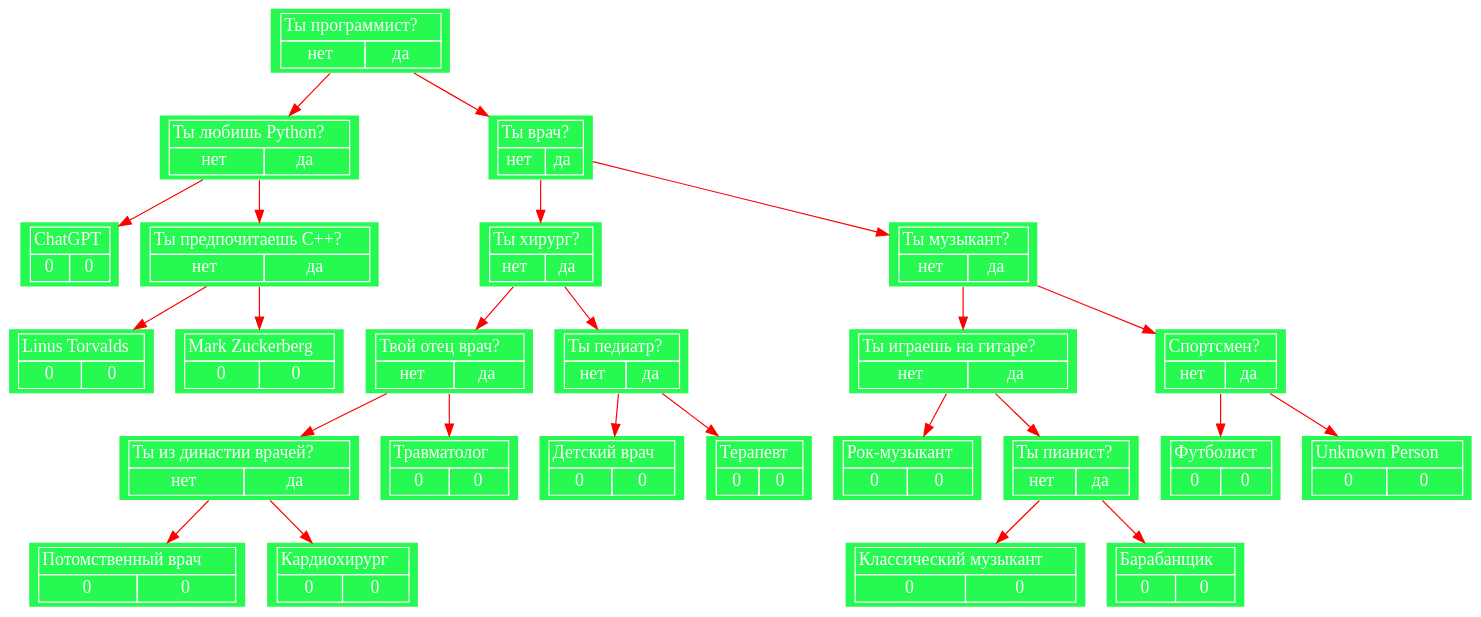
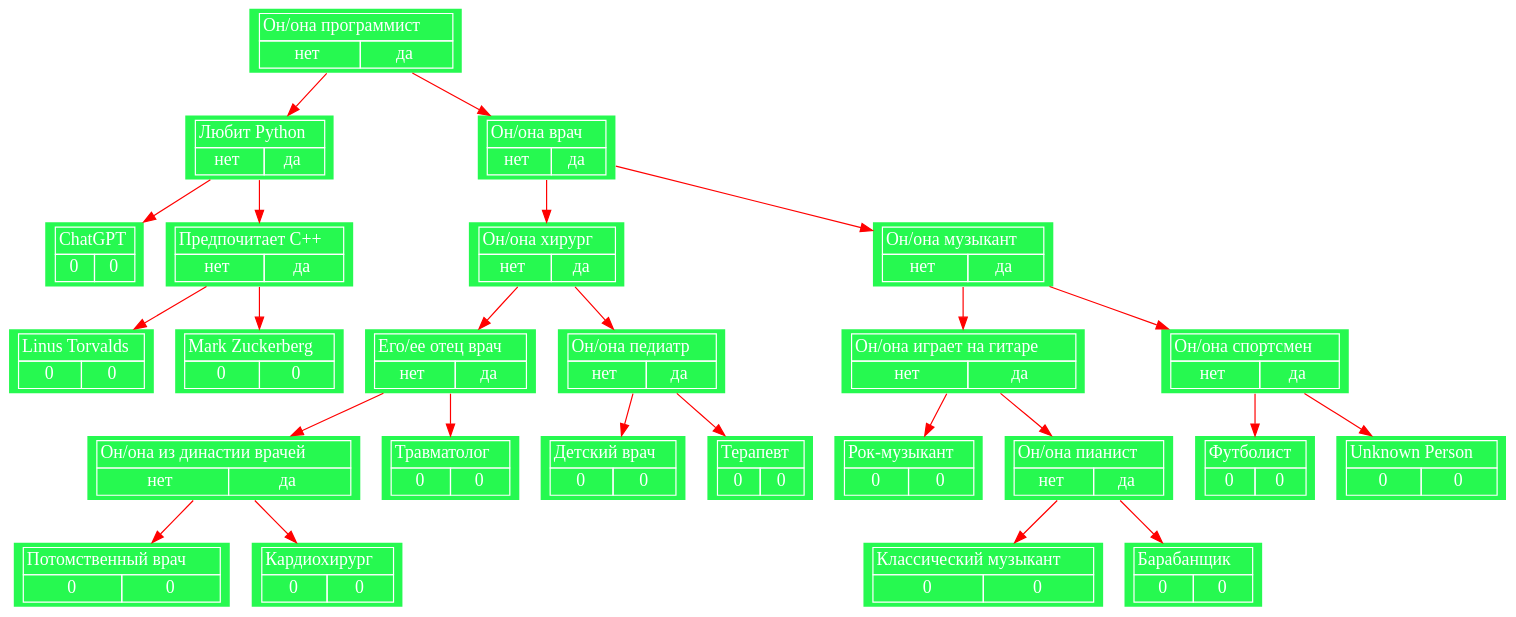
Before and after one commit to bayazit578/Akinator: the diagram in tree.dot, drawn with Graphviz. The commit also changed 15 other files, not shown here.

```diff
--- a/tree.dot
+++ b/tree.dot
@@ -4,228 +4,228 @@
     node [shape=plaintext, style=filled, color="#ffffffff", fontname="Times New Roman", fontcolor="white", charset="UTF-8"; fontsize=15];
 
     edge[color = "red"];
-    node126709761179664 [label=<<TABLE BORDER="0" CELLBORDER="1" CELLSPACING="0">
-           <TR><TD COLSPAN="2">Ты программист?</TD></TR>
+    node130807694753808 [label=<<TABLE BORDER="0" CELLBORDER="1" CELLSPACING="0">
+           <TR><TD COLSPAN="2">Он/она программист</TD></TR>
            <TR><TD>нет</TD>           <TD>да</TD></TR>
            </TABLE>>, fillcolor="#26f950ff"];
     {
         rank=0;
-        node126709761179664;
+        node130807694753808;
     }
-    node126709761179728 [label=<<TABLE BORDER="0" CELLBORDER="1" CELLSPACING="0">
-           <TR><TD COLSPAN="2">Ты любишь Python?</TD></TR>
+    node130807694753872 [label=<<TABLE BORDER="0" CELLBORDER="1" CELLSPACING="0">
+           <TR><TD COLSPAN="2">Любит Python</TD></TR>
            <TR><TD>нет</TD>           <TD>да</TD></TR>
            </TABLE>>, fillcolor="#26f950ff"];
     {
         rank=0;
-        node126709761179728;
+        node130807694753872;
     }
-    node126709761179792 [label=<<TABLE BORDER="0" CELLBORDER="1" CELLSPACING="0">
+    node130807694753936 [label=<<TABLE BORDER="0" CELLBORDER="1" CELLSPACING="0">
            <TR><TD COLSPAN="2">ChatGPT</TD></TR>
            <TR><TD>0</TD>           <TD>0</TD></TR>
            </TABLE>>, fillcolor="#26f950ff"];
     {
         rank=0;
-        node126709761179792;
+        node130807694753936;
     }
-    node126709761179728->node126709761179792
-    node126709761179856 [label=<<TABLE BORDER="0" CELLBORDER="1" CELLSPACING="0">
-           <TR><TD COLSPAN="2">Ты предпочитаешь C++?</TD></TR>
+    node130807694753872->node130807694753936
+    node130807694754000 [label=<<TABLE BORDER="0" CELLBORDER="1" CELLSPACING="0">
+           <TR><TD COLSPAN="2">Предпочитает C++</TD></TR>
            <TR><TD>нет</TD>           <TD>да</TD></TR>
            </TABLE>>, fillcolor="#26f950ff"];
     {
         rank=0;
-        node126709761179856;
+        node130807694754000;
     }
-    node126709761179920 [label=<<TABLE BORDER="0" CELLBORDER="1" CELLSPACING="0">
+    node130807694754064 [label=<<TABLE BORDER="0" CELLBORDER="1" CELLSPACING="0">
            <TR><TD COLSPAN="2">Linus Torvalds</TD></TR>
            <TR><TD>0</TD>           <TD>0</TD></TR>
            </TABLE>>, fillcolor="#26f950ff"];
     {
         rank=0;
-        node126709761179920;
+        node130807694754064;
     }
-    node126709761179856->node126709761179920
-    node126709761179984 [label=<<TABLE BORDER="0" CELLBORDER="1" CELLSPACING="0">
+    node130807694754000->node130807694754064
+    node130807694754128 [label=<<TABLE BORDER="0" CELLBORDER="1" CELLSPACING="0">
            <TR><TD COLSPAN="2">Mark Zuckerberg</TD></TR>
            <TR><TD>0</TD>           <TD>0</TD></TR>
            </TABLE>>, fillcolor="#26f950ff"];
     {
         rank=0;
-        node126709761179984;
+        node130807694754128;
     }
-    node126709761179856->node126709761179984
-    node126709761179728->node126709761179856
-    node126709761179664->node126709761179728
-    node126709761180048 [label=<<TABLE BORDER="0" CELLBORDER="1" CELLSPACING="0">
-           <TR><TD COLSPAN="2">Ты врач?</TD></TR>
+    node130807694754000->node130807694754128
+    node130807694753872->node130807694754000
+    node130807694753808->node130807694753872
+    node130807694754192 [label=<<TABLE BORDER="0" CELLBORDER="1" CELLSPACING="0">
+           <TR><TD COLSPAN="2">Он/она врач</TD></TR>
            <TR><TD>нет</TD>           <TD>да</TD></TR>
            </TABLE>>, fillcolor="#26f950ff"];
     {
         rank=0;
-        node126709761180048;
+        node130807694754192;
     }
-    node126709761180112 [label=<<TABLE BORDER="0" CELLBORDER="1" CELLSPACING="0">
-           <TR><TD COLSPAN="2">Ты хирург?</TD></TR>
+    node130807694754256 [label=<<TABLE BORDER="0" CELLBORDER="1" CELLSPACING="0">
+           <TR><TD COLSPAN="2">Он/она хирург</TD></TR>
            <TR><TD>нет</TD>           <TD>да</TD></TR>
            </TABLE>>, fillcolor="#26f950ff"];
     {
         rank=0;
-        node126709761180112;
+        node130807694754256;
     }
-    node126709761180176 [label=<<TABLE BORDER="0" CELLBORDER="1" CELLSPACING="0">
-           <TR><TD COLSPAN="2">Твой отец врач?</TD></TR>
+    node130807694754320 [label=<<TABLE BORDER="0" CELLBORDER="1" CELLSPACING="0">
+           <TR><TD COLSPAN="2">Его/ее отец врач</TD></TR>
            <TR><TD>нет</TD>           <TD>да</TD></TR>
            </TABLE>>, fillcolor="#26f950ff"];
     {
         rank=0;
-        node126709761180176;
+        node130807694754320;
     }
-    node126709761180240 [label=<<TABLE BORDER="0" CELLBORDER="1" CELLSPACING="0">
-           <TR><TD COLSPAN="2">Ты из династии врачей?</TD></TR>
+    node130807694754384 [label=<<TABLE BORDER="0" CELLBORDER="1" CELLSPACING="0">
+           <TR><TD COLSPAN="2">Он/она из династии врачей</TD></TR>
            <TR><TD>нет</TD>           <TD>да</TD></TR>
            </TABLE>>, fillcolor="#26f950ff"];
     {
         rank=0;
-        node126709761180240;
+        node130807694754384;
     }
-    node126709761180304 [label=<<TABLE BORDER="0" CELLBORDER="1" CELLSPACING="0">
+    node130807694754448 [label=<<TABLE BORDER="0" CELLBORDER="1" CELLSPACING="0">
            <TR><TD COLSPAN="2">Потомственный врач</TD></TR>
            <TR><TD>0</TD>           <TD>0</TD></TR>
            </TABLE>>, fillcolor="#26f950ff"];
     {
         rank=0;
-        node126709761180304;
+        node130807694754448;
     }
-    node126709761180240->node126709761180304
-    node126709761180368 [label=<<TABLE BORDER="0" CELLBORDER="1" CELLSPACING="0">
+    node130807694754384->node130807694754448
+    node130807694754512 [label=<<TABLE BORDER="0" CELLBORDER="1" CELLSPACING="0">
            <TR><TD COLSPAN="2">Кардиохирург</TD></TR>
            <TR><TD>0</TD>           <TD>0</TD></TR>
            </TABLE>>, fillcolor="#26f950ff"];
     {
         rank=0;
-        node126709761180368;
+        node130807694754512;
     }
-    node126709761180240->node126709761180368
-    node126709761180176->node126709761180240
-    node126709761180432 [label=<<TABLE BORDER="0" CELLBORDER="1" CELLSPACING="0">
+    node130807694754384->node130807694754512
+    node130807694754320->node130807694754384
+    node130807694754576 [label=<<TABLE BORDER="0" CELLBORDER="1" CELLSPACING="0">
            <TR><TD COLSPAN="2">Травматолог</TD></TR>
            <TR><TD>0</TD>           <TD>0</TD></TR>
            </TABLE>>, fillcolor="#26f950ff"];
     {
         rank=0;
-        node126709761180432;
+        node130807694754576;
     }
-    node126709761180176->node126709761180432
-    node126709761180112->node126709761180176
-    node126709761180496 [label=<<TABLE BORDER="0" CELLBORDER="1" CELLSPACING="0">
-           <TR><TD COLSPAN="2">Ты педиатр?</TD></TR>
+    node130807694754320->node130807694754576
+    node130807694754256->node130807694754320
+    node130807694754640 [label=<<TABLE BORDER="0" CELLBORDER="1" CELLSPACING="0">
+           <TR><TD COLSPAN="2">Он/она педиатр</TD></TR>
            <TR><TD>нет</TD>           <TD>да</TD></TR>
            </TABLE>>, fillcolor="#26f950ff"];
     {
         rank=0;
-        node126709761180496;
+        node130807694754640;
     }
-    node126709761180560 [label=<<TABLE BORDER="0" CELLBORDER="1" CELLSPACING="0">
+    node130807694754704 [label=<<TABLE BORDER="0" CELLBORDER="1" CELLSPACING="0">
            <TR><TD COLSPAN="2">Детский врач</TD></TR>
            <TR><TD>0</TD>           <TD>0</TD></TR>
            </TABLE>>, fillcolor="#26f950ff"];
     {
         rank=0;
-        node126709761180560;
+        node130807694754704;
     }
-    node126709761180496->node126709761180560
-    node126709761180624 [label=<<TABLE BORDER="0" CELLBORDER="1" CELLSPACING="0">
+    node130807694754640->node130807694754704
+    node130807694754768 [label=<<TABLE BORDER="0" CELLBORDER="1" CELLSPACING="0">
            <TR><TD COLSPAN="2">Терапевт</TD></TR>
            <TR><TD>0</TD>           <TD>0</TD></TR>
            </TABLE>>, fillcolor="#26f950ff"];
     {
         rank=0;
-        node126709761180624;
+        node130807694754768;
     }
-    node126709761180496->node126709761180624
-    node126709761180112->node126709761180496
-    node126709761180048->node126709761180112
-    node126709761180688 [label=<<TABLE BORDER="0" CELLBORDER="1" CELLSPACING="0">
-           <TR><TD COLSPAN="2">Ты музыкант?</TD></TR>
+    node130807694754640->node130807694754768
+    node130807694754256->node130807694754640
+    node130807694754192->node130807694754256
+    node130807694754832 [label=<<TABLE BORDER="0" CELLBORDER="1" CELLSPACING="0">
+           <TR><TD COLSPAN="2">Он/она музыкант</TD></TR>
            <TR><TD>нет</TD>           <TD>да</TD></TR>
            </TABLE>>, fillcolor="#26f950ff"];
     {
         rank=0;
-        node126709761180688;
+        node130807694754832;
     }
-    node126709761180752 [label=<<TABLE BORDER="0" CELLBORDER="1" CELLSPACING="0">
-           <TR><TD COLSPAN="2">Ты играешь на гитаре?</TD></TR>
+    node130807694754896 [label=<<TABLE BORDER="0" CELLBORDER="1" CELLSPACING="0">
+           <TR><TD COLSPAN="2">Он/она играет на гитаре</TD></TR>
            <TR><TD>нет</TD>           <TD>да</TD></TR>
            </TABLE>>, fillcolor="#26f950ff"];
     {
         rank=0;
-        node126709761180752;
+        node130807694754896;
     }
-    node126709761180816 [label=<<TABLE BORDER="0" CELLBORDER="1" CELLSPACING="0">
+    node130807694754960 [label=<<TABLE BORDER="0" CELLBORDER="1" CELLSPACING="0">
            <TR><TD COLSPAN="2">Рок-музыкант</TD></TR>
            <TR><TD>0</TD>           <TD>0</TD></TR>
            </TABLE>>, fillcolor="#26f950ff"];
     {
         rank=0;
-        node126709761180816;
+        node130807694754960;
     }
-    node126709761180752->node126709761180816
-    node126709761180880 [label=<<TABLE BORDER="0" CELLBORDER="1" CELLSPACING="0">
-           <TR><TD COLSPAN="2">Ты пианист?</TD></TR>
+    node130807694754896->node130807694754960
+    node130807694755024 [label=<<TABLE BORDER="0" CELLBORDER="1" CELLSPACING="0">
+           <TR><TD COLSPAN="2">Он/она пианист</TD></TR>
            <TR><TD>нет</TD>           <TD>да</TD></TR>
            </TABLE>>, fillcolor="#26f950ff"];
     {
         rank=0;
-        node126709761180880;
+        node130807694755024;
     }
-    node126709761180944 [label=<<TABLE BORDER="0" CELLBORDER="1" CELLSPACING="0">
+    node130807694755088 [label=<<TABLE BORDER="0" CELLBORDER="1" CELLSPACING="0">
            <TR><TD COLSPAN="2">Классический музыкант</TD></TR>
            <TR><TD>0</TD>           <TD>0</TD></TR>
            </TABLE>>, fillcolor="#26f950ff"];
     {
         rank=0;
-        node126709761180944;
+        node130807694755088;
     }
-    node126709761180880->node126709761180944
-    node126709761181008 [label=<<TABLE BORDER="0" CELLBORDER="1" CELLSPACING="0">
+    node130807694755024->node130807694755088
+    node130807694755152 [label=<<TABLE BORDER="0" CELLBORDER="1" CELLSPACING="0">
            <TR><TD COLSPAN="2">Барабанщик</TD></TR>
            <TR><TD>0</TD>           <TD>0</TD></TR>
            </TABLE>>, fillcolor="#26f950ff"];
     {
         rank=0;
-        node126709761181008;
+        node130807694755152;
     }
-    node126709761180880->node126709761181008
-    node126709761180752->node126709761180880
-    node126709761180688->node126709761180752
-    node126709761181072 [label=<<TABLE BORDER="0" CELLBORDER="1" CELLSPACING="0">
-           <TR><TD COLSPAN="2">Спортсмен?</TD></TR>
+    node130807694755024->node130807694755152
+    node130807694754896->node130807694755024
+    node130807694754832->node130807694754896
+    node130807694755216 [label=<<TABLE BORDER="0" CELLBORDER="1" CELLSPACING="0">
+           <TR><TD COLSPAN="2">Он/она спортсмен</TD></TR>
            <TR><TD>нет</TD>           <TD>да</TD></TR>
            </TABLE>>, fillcolor="#26f950ff"];
     {
         rank=0;
-        node126709761181072;
+        node130807694755216;
     }
-    node126709761181136 [label=<<TABLE BORDER="0" CELLBORDER="1" CELLSPACING="0">
+    node130807694755280 [label=<<TABLE BORDER="0" CELLBORDER="1" CELLSPACING="0">
            <TR><TD COLSPAN="2">Футболист</TD></TR>
            <TR><TD>0</TD>           <TD>0</TD></TR>
            </TABLE>>, fillcolor="#26f950ff"];
     {
         rank=0;
-        node126709761181136;
+        node130807694755280;
     }
-    node126709761181072->node126709761181136
-    node126709761181200 [label=<<TABLE BORDER="0" CELLBORDER="1" CELLSPACING="0">
+    node130807694755216->node130807694755280
+    node130807694755344 [label=<<TABLE BORDER="0" CELLBORDER="1" CELLSPACING="0">
            <TR><TD COLSPAN="2">Unknown Person</TD></TR>
            <TR><TD>0</TD>           <TD>0</TD></TR>
            </TABLE>>, fillcolor="#26f950ff"];
     {
         rank=0;
-        node126709761181200;
+        node130807694755344;
     }
-    node126709761181072->node126709761181200
-    node126709761180688->node126709761181072
-    node126709761180048->node126709761180688
-    node126709761179664->node126709761180048
+    node130807694755216->node130807694755344
+    node130807694754832->node130807694755216
+    node130807694754192->node130807694754832
+    node130807694753808->node130807694754192
 }
```
